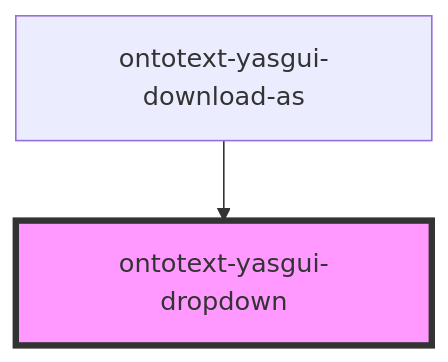
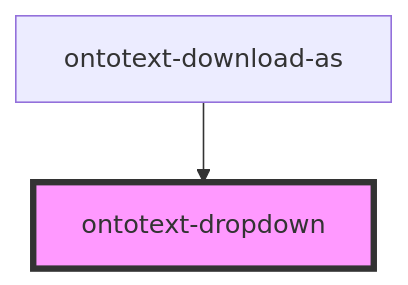
One commit to Ontotext-AD/ontotext-yasgui changed the diagram in ontotext-yasgui-web-component/src/components/dropdown/readme.md. Above: the diagram before and after it, drawn with Mermaid. The commit also changed other lines of this file and 6 other files, not shown here.

````diff
--- a/ontotext-yasgui-web-component/src/components/dropdown/readme.md
+++ b/ontotext-yasgui-web-component/src/components/dropdown/readme.md
@@ -31,5 +31,5 @@
 ```mermaid
 graph TD;
-  ontotext-yasgui-download-as --> ontotext-yasgui-dropdown
-  style ontotext-yasgui-dropdown fill:#f9f,stroke:#333,stroke-width:4px
+  ontotext-download-as --> ontotext-dropdown
+  style ontotext-dropdown fill:#f9f,stroke:#333,stroke-width:4px
 ```
````
